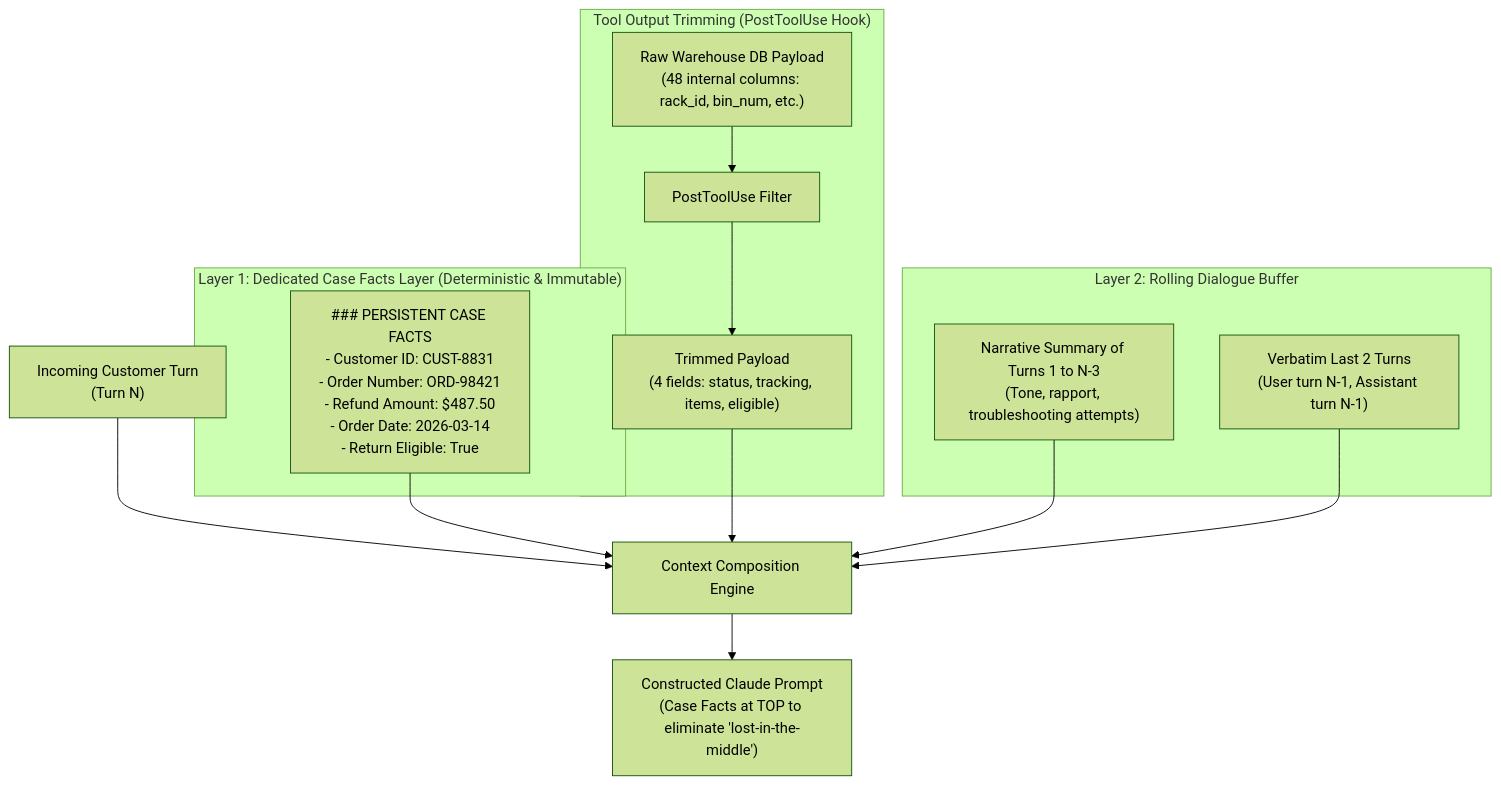
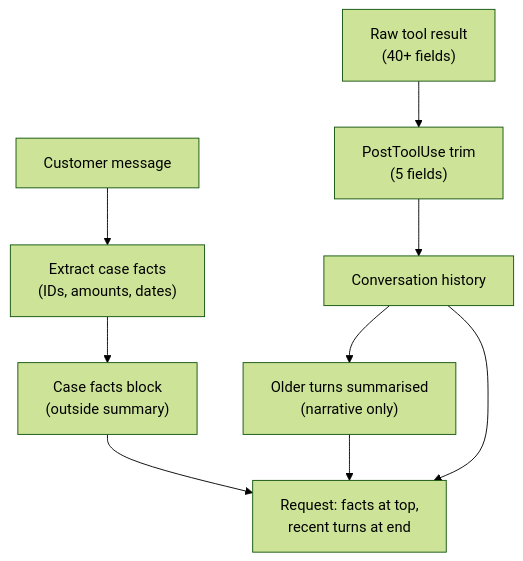
The diagram in domain5/ts_5_1_context_preservation/README.md (dip4k/claude_cert_architect_foundation_prep), drawn with Mermaid (forest theme) before and after one commit. The commit also changed other lines of this file and 133 other files, not shown here.

````diff
--- a/domain5/ts_5_1_context_preservation/README.md
+++ b/domain5/ts_5_1_context_preservation/README.md
@@ -49,25 +69,11 @@
 ```mermaid
 flowchart TD
-    UserMsg["Incoming Customer Turn<br>(Turn N)"] --> ContextEngine["Context Composition Engine"]
-    
-    subgraph FactsLayer["Layer 1: Dedicated Case Facts Layer (Deterministic & Immutable)"]
-        CaseFacts["### PERSISTENT CASE FACTS<br>- Customer ID: CUST-8831<br>- Order Number: ORD-98421<br>- Refund Amount: $487.50<br>- Order Date: 2026-03-14<br>- Return Eligible: True"]
-    end
-    
-    subgraph ToolTrimmer["Tool Output Trimming (PostToolUse Hook)"]
-        RawDB["Raw Warehouse DB Payload<br>(48 internal columns: rack_id, bin_num, etc.)"] --> Filter["PostToolUse Filter"]
-        Filter --> Trimmed["Trimmed Payload<br>(4 fields: status, tracking, items, eligible)"]
-    end
-    
-    subgraph DialogLayer["Layer 2: Rolling Dialogue Buffer"]
-        RollingSummary["Narrative Summary of Turns 1 to N-3<br>(Tone, rapport, troubleshooting attempts)"]
-        VerbatimTurns["Verbatim Last 2 Turns<br>(User turn N-1, Assistant turn N-1)"]
-    end
-    
-    CaseFacts --> ContextEngine
-    Trimmed --> ContextEngine
-    RollingSummary --> ContextEngine
-    VerbatimTurns --> ContextEngine
-    
-    ContextEngine --> FinalPrompt["Constructed Claude Prompt<br>(Case Facts at TOP to eliminate 'lost-in-the-middle')"]
+    UserMsg["Customer message"] --> Extract["Extract case facts<br>(IDs, amounts, dates)"]
+    ToolRaw["Raw tool result<br>(40+ fields)"] --> Trim["PostToolUse trim<br>(5 fields)"]
+    Extract --> Facts["Case facts block<br>(outside summary)"]
+    Trim --> History["Conversation history"]
+    History --> Summary["Older turns summarised<br>(narrative only)"]
+    Facts --> Prompt["Request: facts at top,<br>recent turns at end"]
+    Summary --> Prompt
+    History --> Prompt
 ```
````
